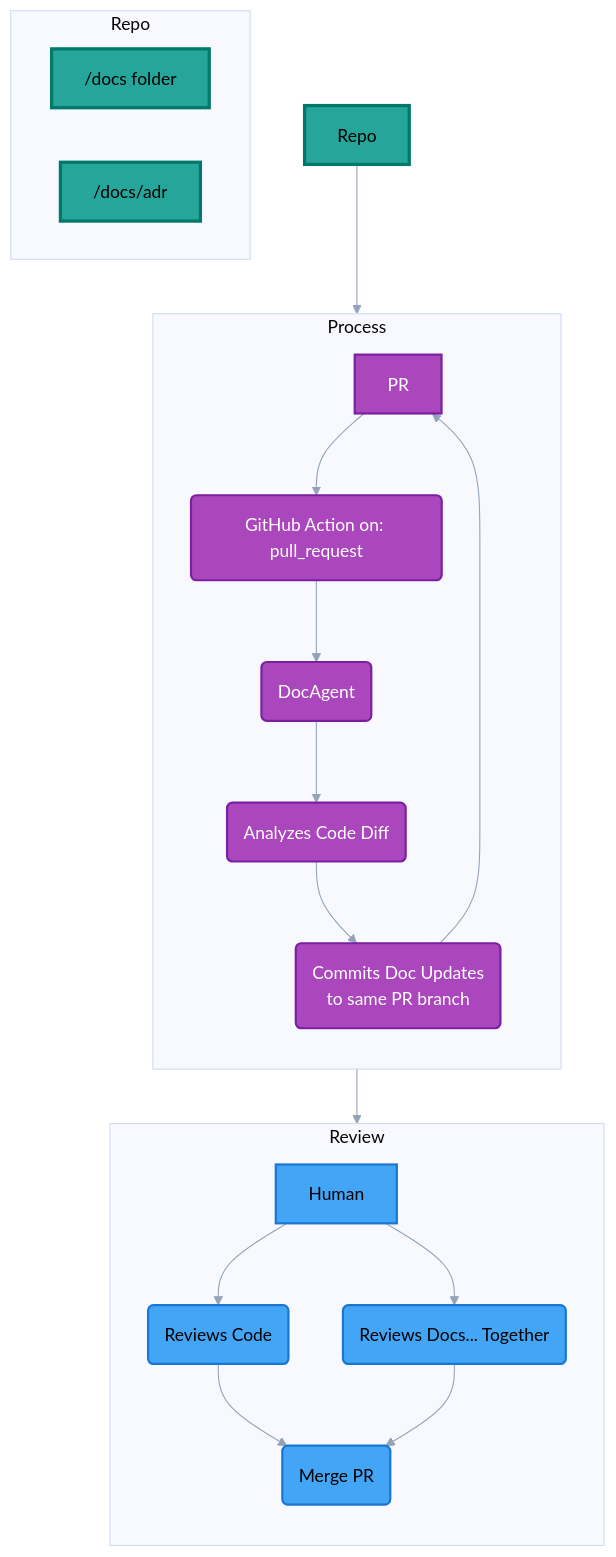
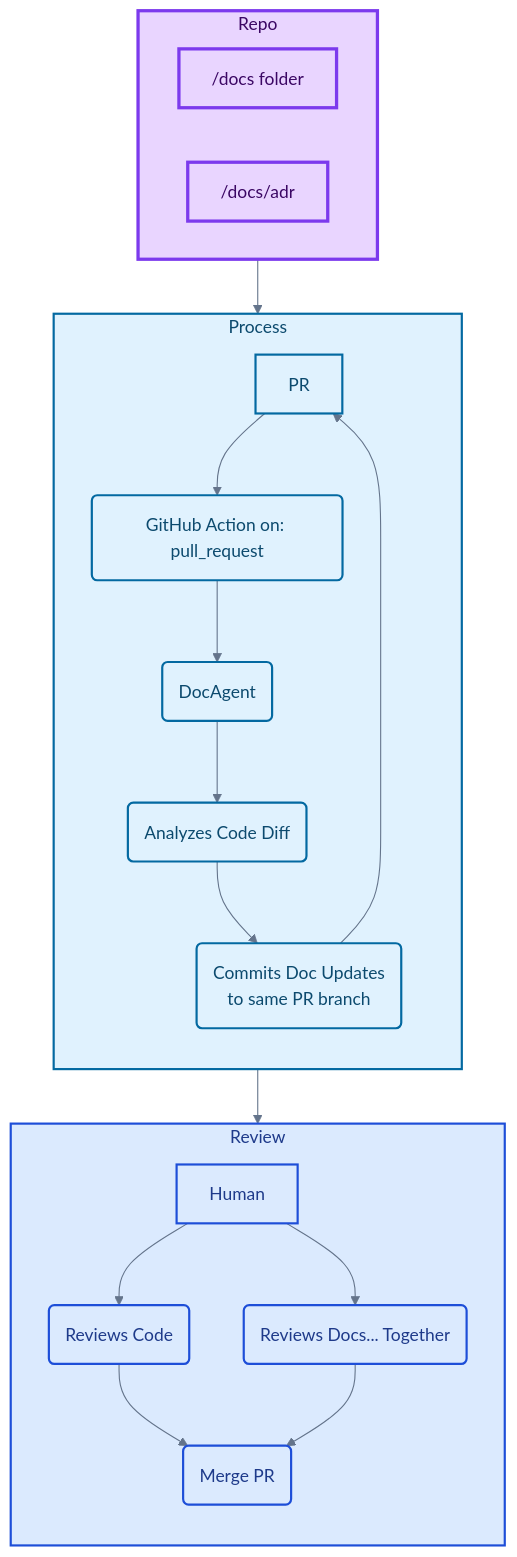
One commit to donbr/github-agentic-om changed the eighth of 8 diagrams in github-native-operating-model.md. Above: the diagram before and after it, drawn with Mermaid. The commit also changed other lines of this file, not shown here.

Commit message:
update mermaid diagrams based on wcag

````diff
--- a/github-native-operating-model.md
+++ b/github-native-operating-model.md
@@ -526,37 +526,37 @@
 ```mermaid
-%%{init: {"theme":"base", "themeVariables": {"lineColor":"#94a3b8","primaryBorderColor":"#94a3b8","textColor":"#64748b"}}}%%
-graph TD  
-    subgraph Repo  
-        direction LR  
-        DOCS["/docs folder"]  
-        ADRS["/docs/adr"]  
+%%{init: {"theme":"base", "themeVariables": {"lineColor":"#64748B","primaryBorderColor":"#64748B","textColor":"#1E293B","background":"#FFFFFF"}}}%%
+graph TD
+    subgraph Repo
+        direction LR
+        DOCS["/docs folder"]
+        ADRS["/docs/adr"]
     end
 
-    subgraph Process  
-        direction TB  
-        PR --> GHA(GitHub Action on: pull_request);  
-        GHA --> DocAgent(DocAgent);  
-        DocAgent --> DIFF(Analyzes Code Diff);  
-        DIFF --> COMMIT(Commits Doc Updates <br/> to same PR branch);  
-        COMMIT --> PR;  
+    subgraph Process
+        direction TB
+        PR --> GHA(GitHub Action on: pull_request);
+        GHA --> DocAgent(DocAgent);
+        DocAgent --> DIFF(Analyzes Code Diff);
+        DIFF --> COMMIT(Commits Doc Updates <br/> to same PR branch);
+        COMMIT --> PR;
     end
 
-    subgraph Review  
-        direction TB  
-        Human  
-        Human --> ReviewCode(Reviews Code);  
-        Human --> ReviewDocs(Reviews Docs... Together);  
-        ReviewCode & ReviewDocs --> Merge(Merge PR);  
+    subgraph Review
+        direction TB
+        Human
+        Human --> ReviewCode(Reviews Code);
+        Human --> ReviewDocs(Reviews Docs... Together);
+        ReviewCode & ReviewDocs --> Merge(Merge PR);
     end
 
-    Repo --> GHA;  
+    Repo --> GHA;
     PR --> Human;
 
-    classDef knowledge fill:#26a69a,stroke:#00796b,stroke-width:3px,color:#000000
-    classDef process fill:#ab47bc,stroke:#7b1fa2,stroke-width:2px,color:#ffffff
-    classDef review fill:#42a5f5,stroke:#1976d2,stroke-width:2px,color:#000000
+    classDef knowledge fill:#E9D5FF,stroke:#7C3AED,stroke-width:3px,color:#3B0764
+    classDef process fill:#E0F2FE,stroke:#0369A1,stroke-width:2px,color:#0C4A6E
+    classDef review fill:#DBEAFE,stroke:#1D4ED8,stroke-width:2px,color:#1E3A8A
 
     class Repo,DOCS,ADRS knowledge
     class Process,PR,GHA,DocAgent,DIFF,COMMIT process
     class Review,Human,ReviewCode,ReviewDocs,Merge review
 ```
````
